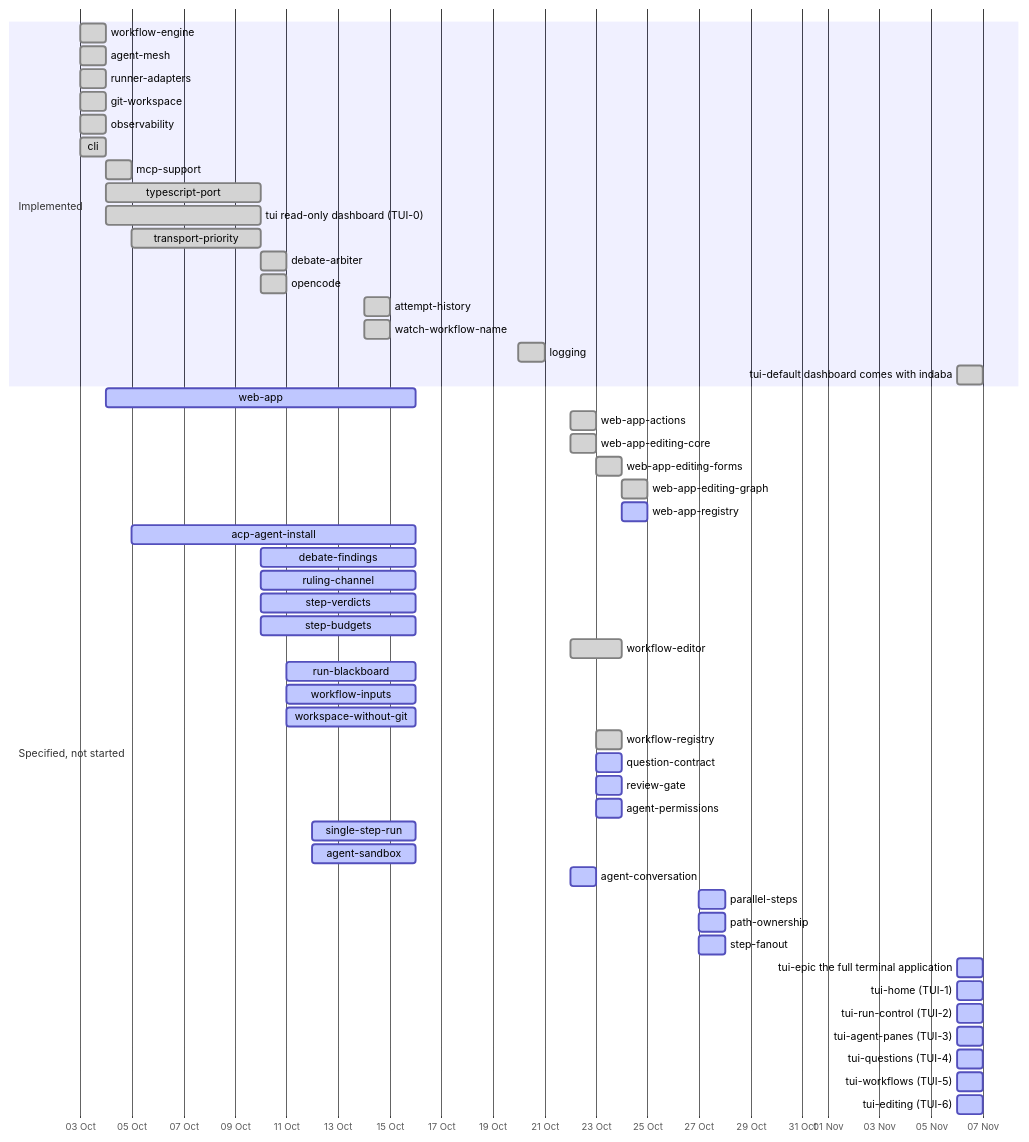
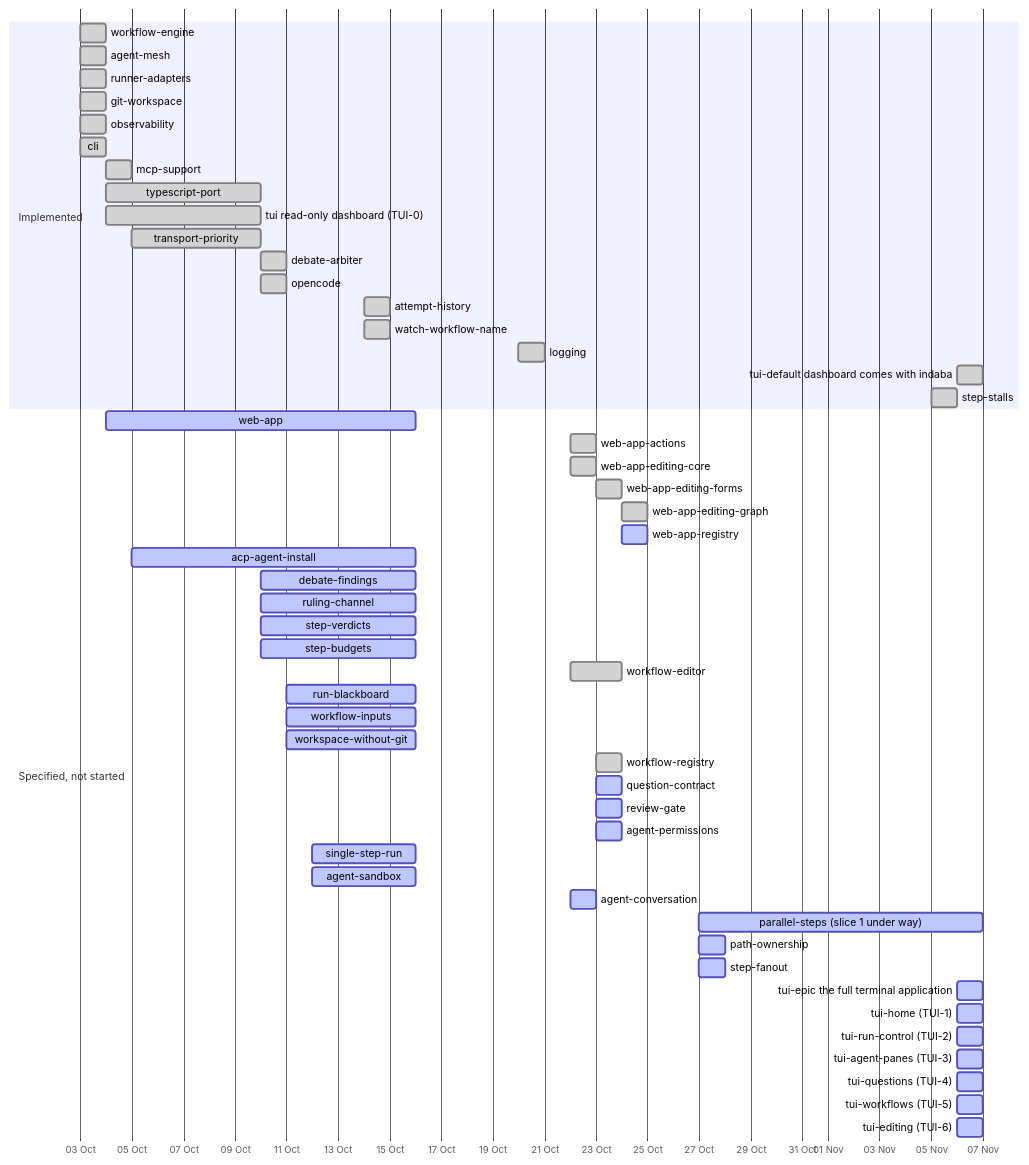
The second of 3 diagrams in specs/DEPENDENCY_MAP.md (yaotzin1/indaba), drawn with Mermaid before and after one commit. The commit also changed other lines of this file and 36 other files, not shown here.

First line of the commit message:
feat(workflow): add the pool, the fields and the limit of parallel steps (slice 1) (#125)

````diff
--- a/specs/DEPENDENCY_MAP.md
+++ b/specs/DEPENDENCY_MAP.md
@@ -71,55 +71,56 @@
 ```mermaid
 gantt
     dateFormat YYYY-MM-DD
     axisFormat %d %b
     section Implemented
     workflow-engine        :done, 2026-10-03, 2026-10-04
     agent-mesh             :done, 2026-10-03, 2026-10-04
     runner-adapters        :done, 2026-10-03, 2026-10-04
     git-workspace          :done, 2026-10-03, 2026-10-04
     observability          :done, 2026-10-03, 2026-10-04
     cli                    :done, 2026-10-03, 2026-10-04
     mcp-support            :done, 2026-10-04, 1d
     typescript-port        :done, 2026-10-04, 2026-10-10
     tui read-only dashboard (TUI-0) :done, 2026-10-04, 2026-10-10
     transport-priority     :done, 2026-10-05, 2026-10-10
     debate-arbiter         :done, 2026-10-10, 1d
     opencode               :done, 2026-10-10, 1d
     attempt-history        :done, 2026-10-14, 1d
     watch-workflow-name    :done, 2026-10-14, 1d
     logging                :done, 2026-10-20, 2026-10-21
     tui-default dashboard comes with indaba :done, 2026-11-06, 1d
+    step-stalls            :done, 2026-11-05, 2026-11-06
     section Specified, not started
     web-app                :active, 2026-10-04, 2026-10-16
     web-app-actions        :done, 2026-10-22, 1d
     web-app-editing-core   :done, 2026-10-22, 1d
     web-app-editing-forms  :done, 2026-10-23, 1d
     web-app-editing-graph  :done, 2026-10-24, 1d
     web-app-registry       :active, 2026-10-24, 1d
     acp-agent-install      :active, 2026-10-05, 2026-10-16
     debate-findings        :active, 2026-10-10, 2026-10-16
     ruling-channel         :active, 2026-10-10, 2026-10-16
     step-verdicts          :active, 2026-10-10, 2026-10-16
     step-budgets           :active, 2026-10-10, 2026-10-16
     workflow-editor        :done, 2026-10-22, 2d
     run-blackboard         :active, 2026-10-11, 2026-10-16
     workflow-inputs        :active, 2026-10-11, 2026-10-16
     workspace-without-git  :active, 2026-10-11, 2026-10-16
     workflow-registry      :done, 2026-10-23, 1d
     question-contract      :active, 2026-10-23, 2026-10-24
     review-gate            :active, 2026-10-23, 2026-10-24
     agent-permissions      :active, 2026-10-23, 2026-10-24
     single-step-run        :active, 2026-10-12, 2026-10-16
     agent-sandbox          :active, 2026-10-12, 2026-10-16
     agent-conversation     :active, 2026-10-22, 2026-10-23
-    parallel-steps         :active, 2026-10-27, 1d
+    parallel-steps (slice 1 under way) :active, 2026-10-27, 2026-11-07
     path-ownership         :active, 2026-10-27, 1d
     step-fanout            :active, 2026-10-27, 1d
     tui-epic the full terminal application :active, 2026-11-06, 1d
     tui-home (TUI-1)       :active, 2026-11-06, 1d
     tui-run-control (TUI-2) :active, 2026-11-06, 1d
     tui-agent-panes (TUI-3) :active, 2026-11-06, 1d
     tui-questions (TUI-4)  :active, 2026-11-06, 1d
     tui-workflows (TUI-5)  :active, 2026-11-06, 1d
     tui-editing (TUI-6)    :active, 2026-11-06, 1d
 ```
````
